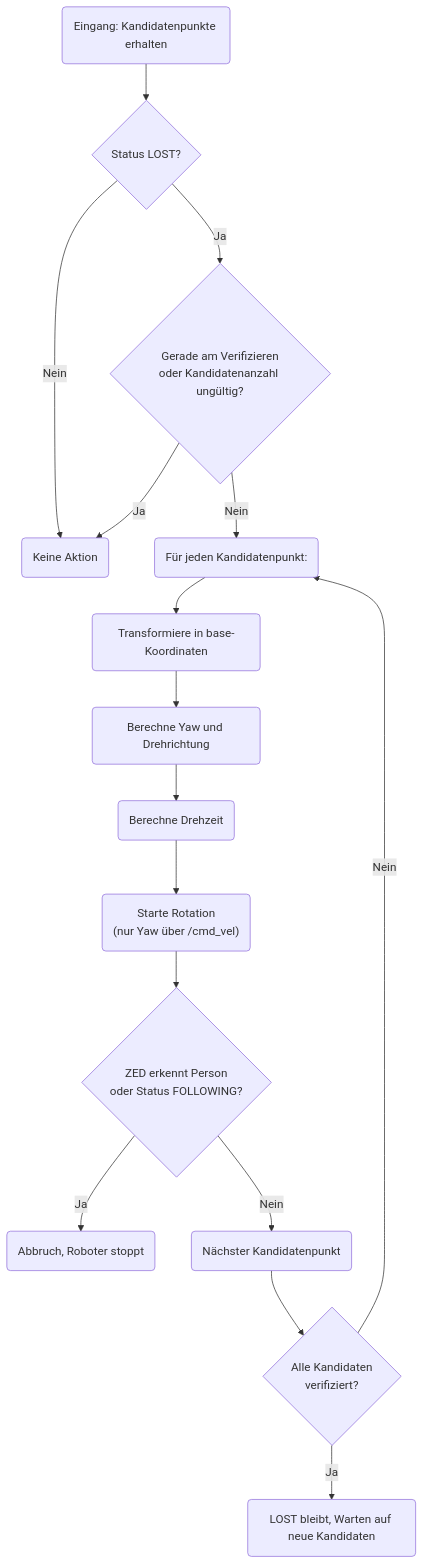
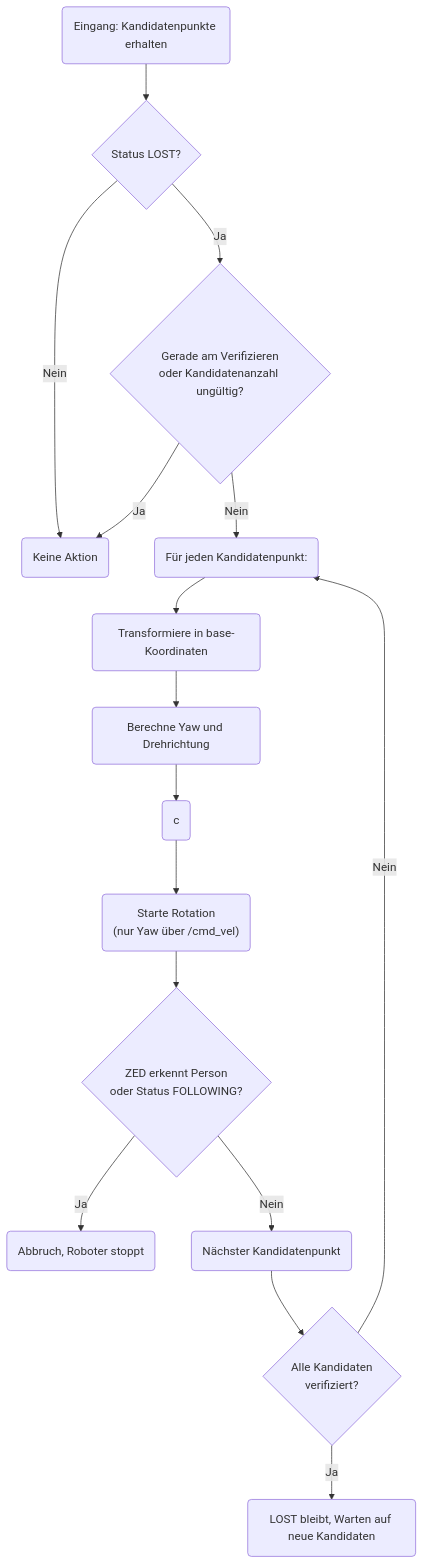
Before and after one commit to RenhongLiu/iodraw-files: the diagram in all/未命名-2.md, drawn with Mermaid.

Commit message:
2025-07-27 09:59:23 update

````diff
--- a/all/未命名-2.md
+++ b/all/未命名-2.md
@@ -1,19 +1,19 @@
 ```mermaid
 flowchart TD
     A("Eingang: Kandidatenpunkte erhalten") --> B{Status LOST?}
     B -- Nein --> X("Keine Aktion")
     B -- Ja --> C{Gerade am Verifizieren<br/>oder Kandidatenanzahl ungültig?}
     C -- Ja --> X
     C -- Nein --> D("Für jeden Kandidatenpunkt:")
     D --> E("Transformiere in base-Koordinaten")
     E --> F("Berechne Yaw und Drehrichtung")
-    F --> G("Berechne Drehzeit")
+    F --> G("c")
     G --> H("Starte Rotation<br/>(nur Yaw über /cmd_vel)")
     H --> I{ZED erkennt Person<br/>oder Status FOLLOWING?}
     I -- Ja --> J("Abbruch, Roboter stoppt")
     I -- Nein --> K("Nächster Kandidatenpunkt")
     K --> L{Alle Kandidaten<br/>verifiziert?}
     L -- Nein --> D
     L -- Ja --> M("LOST bleibt, Warten auf neue Kandidaten")
 
 ```
````
